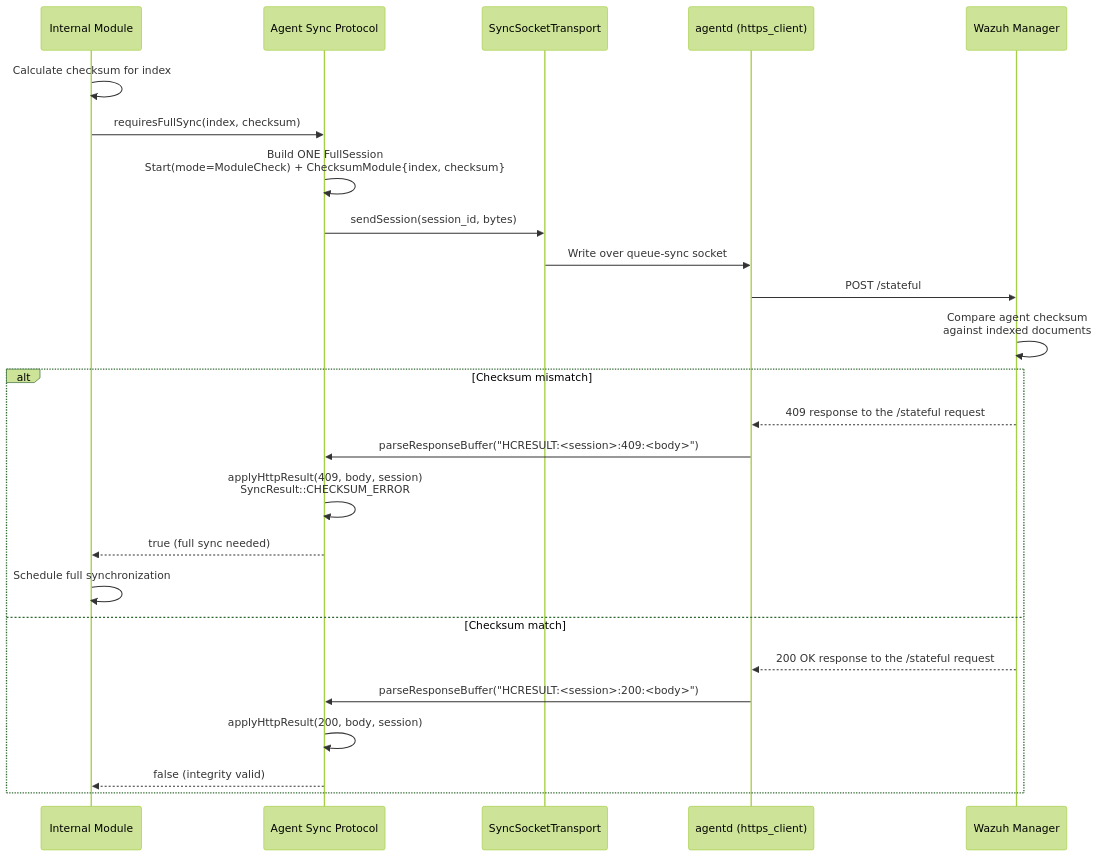
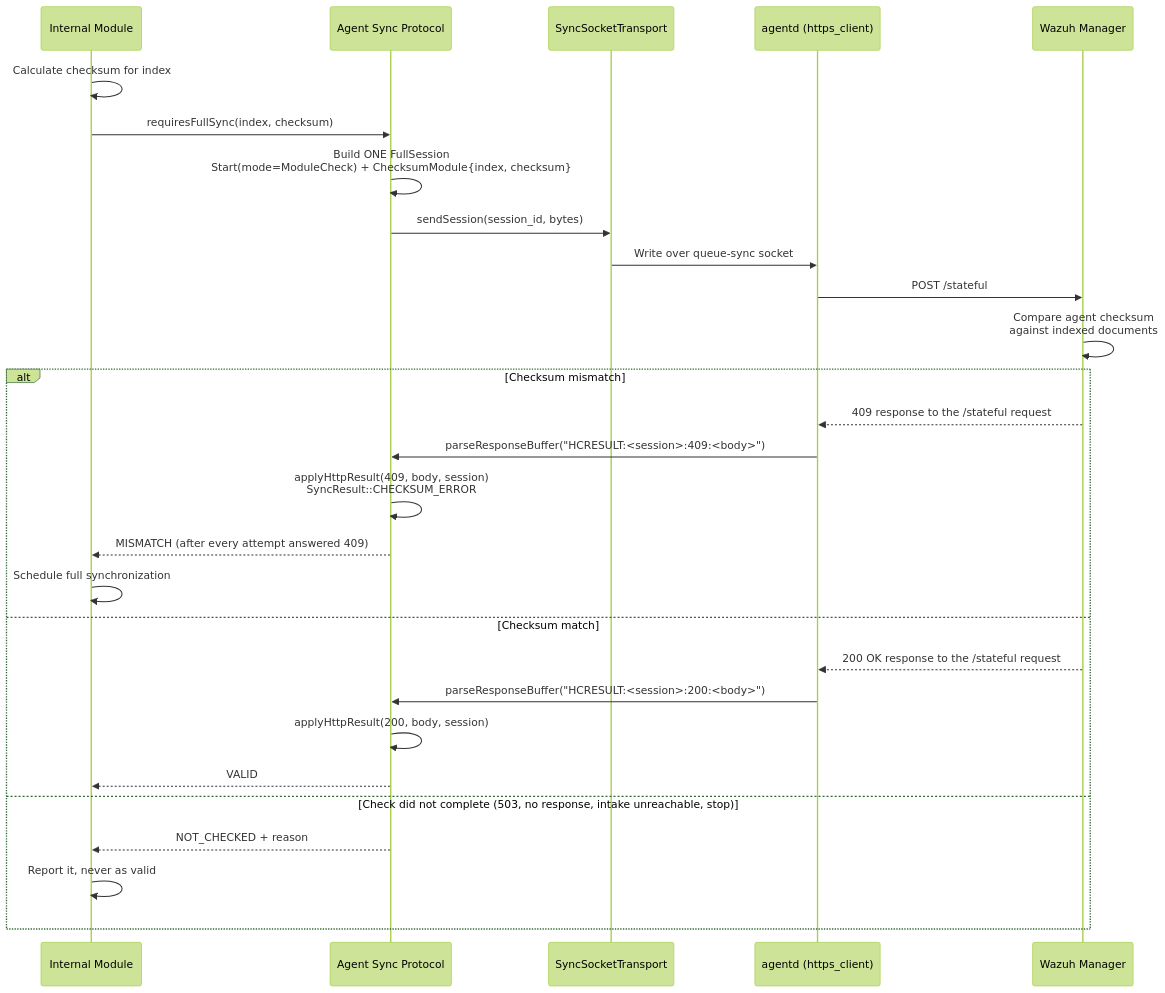
Before and after one commit to wazuh/wazuh: the fifth of 12 diagrams in docs/ref/modules/utils/sync-protocol/sequence-diagrams.md, drawn with Mermaid (forest theme). The commit also changed 23 other files, not shown here.

````diff
--- a/docs/ref/modules/utils/sync-protocol/sequence-diagrams.md
+++ b/docs/ref/modules/utils/sync-protocol/sequence-diagrams.md
@@ -114,31 +114,34 @@
 ```mermaid
 sequenceDiagram
     participant Module as Internal Module
     participant ASP as Agent Sync Protocol
     participant Transport as SyncSocketTransport
     participant AD as agentd (https_client)
     participant Manager as Wazuh Manager
 
     Module->>Module: Calculate checksum for index
     Module->>ASP: requiresFullSync(index, checksum)
 
     ASP->>ASP: Build ONE FullSession<br/>Start(mode=ModuleCheck) + ChecksumModule{index, checksum}
     ASP->>Transport: sendSession(session_id, bytes)
     Transport->>AD: Write over queue-sync socket
     AD->>Manager: POST /stateful
 
     Manager->>Manager: Compare agent checksum<br/>against indexed documents
 
     alt Checksum mismatch
         Manager-->>AD: 409 response to the /stateful request
         AD->>ASP: parseResponseBuffer("HCRESULT:<session>:409:<body>")
         ASP->>ASP: applyHttpResult(409, body, session)<br/>SyncResult::CHECKSUM_ERROR
-        ASP-->>Module: true (full sync needed)
+        ASP-->>Module: MISMATCH (after every attempt answered 409)
         Module->>Module: Schedule full synchronization
     else Checksum match
         Manager-->>AD: 200 OK response to the /stateful request
         AD->>ASP: parseResponseBuffer("HCRESULT:<session>:200:<body>")
         ASP->>ASP: applyHttpResult(200, body, session)
-        ASP-->>Module: false (integrity valid)
+        ASP-->>Module: VALID
+    else Check did not complete (503, no response, intake unreachable, stop)
+        ASP-->>Module: NOT_CHECKED + reason
+        Module->>Module: Report it, never as valid
     end
 ```
````
